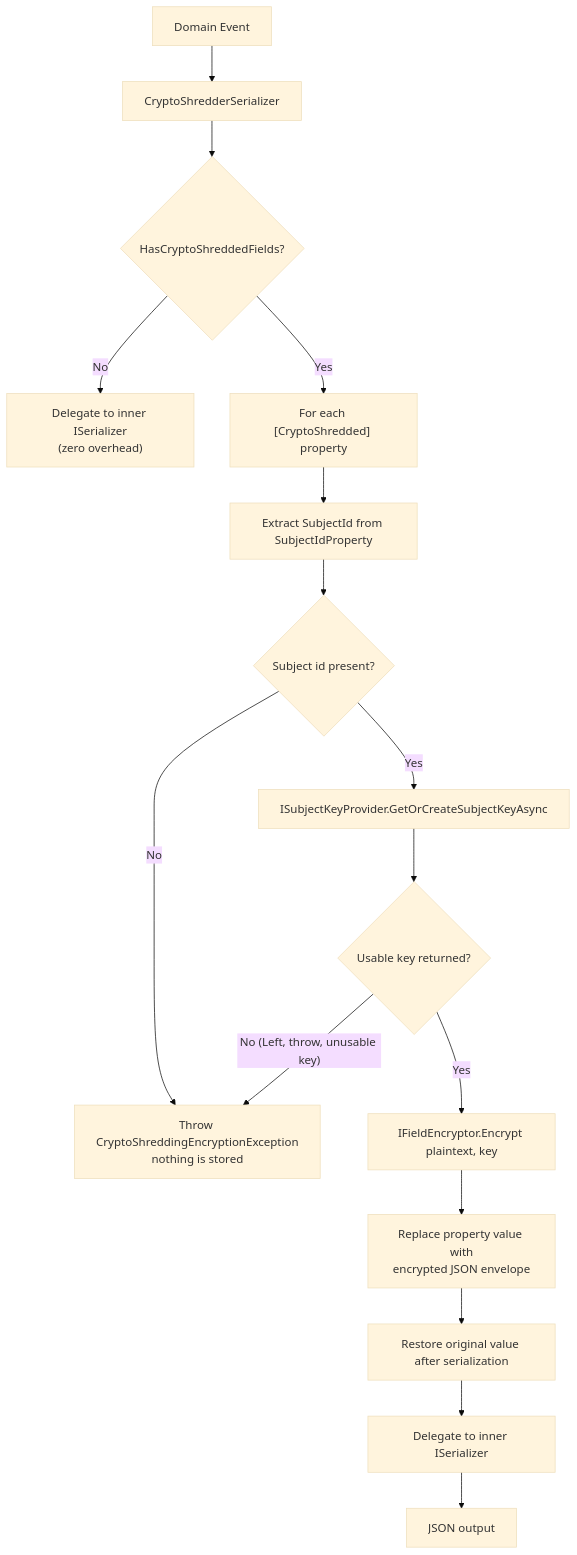
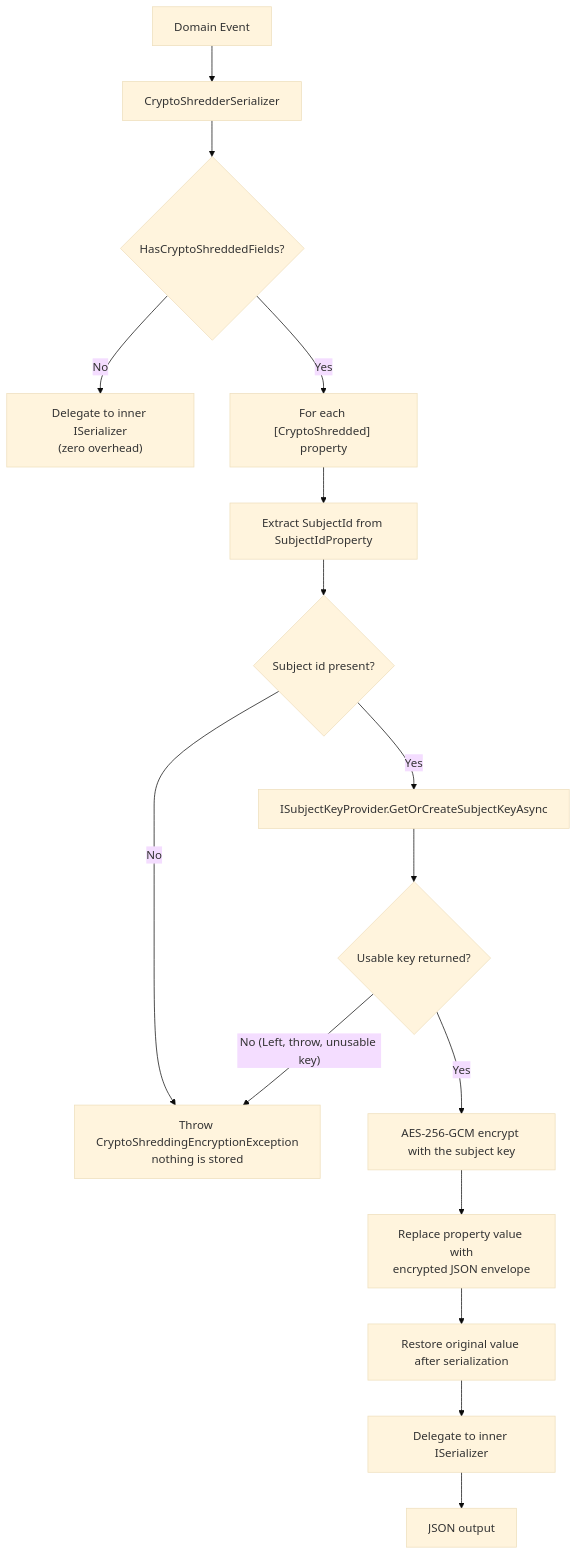
One commit to dlrivada/Encina changed the second of 4 diagrams in docs/features/crypto-shredding.md. Above: the diagram before and after it, drawn with Mermaid (base theme). The commit also changed other lines of this file and 1 other file, not shown here.

Commit message:
docs(crypto-shredding): EventId 8459 is an error naming every misconfigured property, startup scan limits, direct AES-GCM (#1646)

````diff
--- a/docs/features/crypto-shredding.md
+++ b/docs/features/crypto-shredding.md
@@ -113,18 +113,18 @@
 ```mermaid
 flowchart TD
     A["Domain Event"] --> B["CryptoShredderSerializer"]
     B --> C{"HasCryptoShreddedFields?"}
     C -- "No" --> D["Delegate to inner ISerializer<br/>(zero overhead)"]
     C -- "Yes" --> E["For each [CryptoShredded] property"]
     E --> F["Extract SubjectId from SubjectIdProperty"]
     F --> F2{"Subject id present?"}
     F2 -- "No" --> X["Throw CryptoShreddingEncryptionException<br/>nothing is stored"]
     F2 -- "Yes" --> G["ISubjectKeyProvider.GetOrCreateSubjectKeyAsync"]
     G --> G2{"Usable key returned?"}
     G2 -- "No (Left, throw, unusable key)" --> X
-    G2 -- "Yes" --> H["IFieldEncryptor.Encrypt plaintext, key"]
+    G2 -- "Yes" --> H["AES-256-GCM encrypt with the subject key"]
     H --> I["Replace property value with<br/>encrypted JSON envelope"]
     I --> J["Restore original value after serialization"]
     J --> K["Delegate to inner ISerializer"]
     K --> L["JSON output"]
 ```
````
